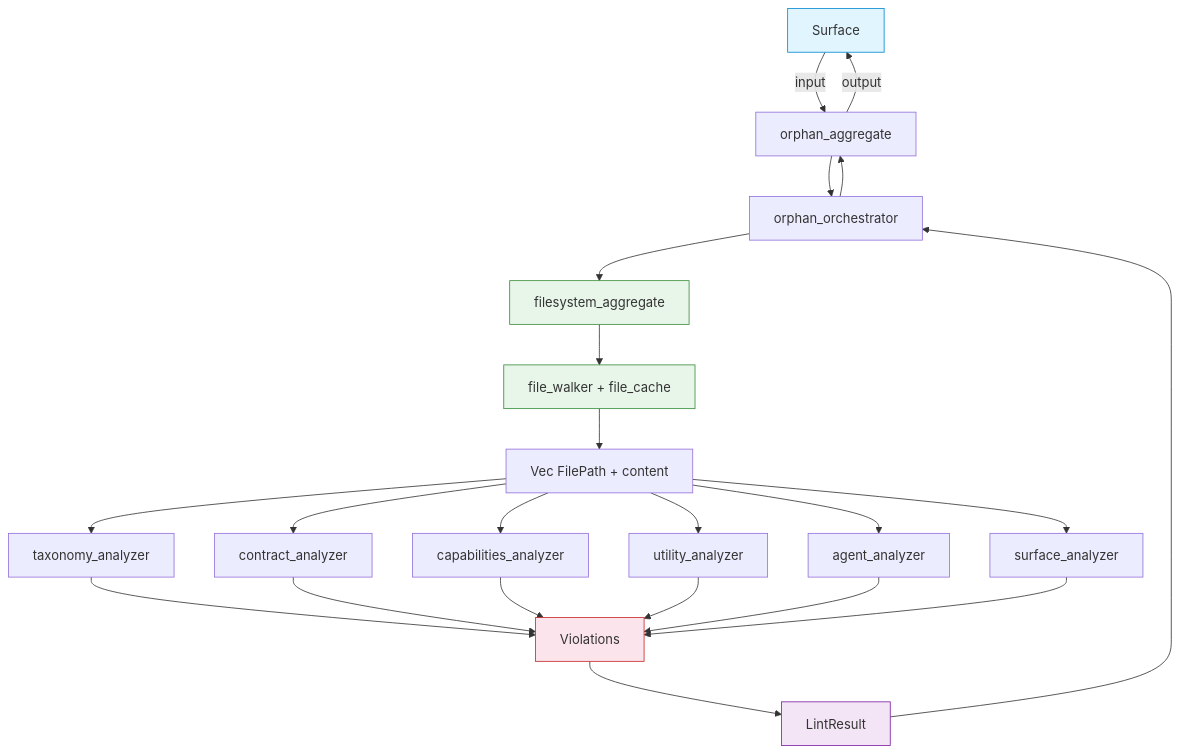
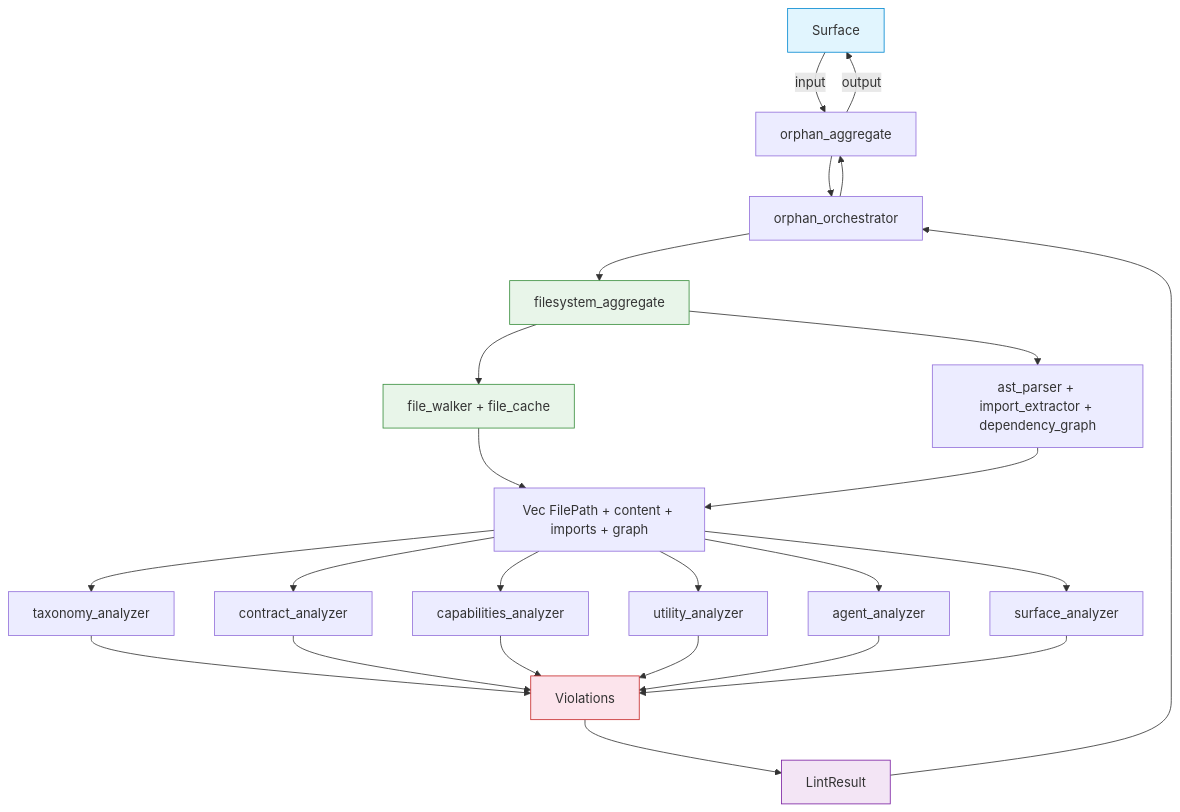
The diagram in crates/orphan-detector/FRD.md (rakaarwaky/lint-arwaky), drawn with Mermaid before and after one commit. The commit also changed 1 other file, not shown here.

Commit message:
docs: update FRDs to target architecture (centralized parsing)
import-rules target: file_walker + file_cache + ast_parser + import_extractor
orphan-detector target: all 5 capabilities (file_walker + file_cache + ast_parser + import_extractor + dependency_graph)

PRD describes what SHOULD exist, not what currently exists.
Rule crates will migrate to use centralized filesystem capabilities.

````diff
--- a/crates/orphan-detector/FRD.md
+++ b/crates/orphan-detector/FRD.md
@@ -9,30 +9,32 @@
 ```mermaid
 flowchart TD
     A["Surface"] -->|input| B["orphan_aggregate"]
     B --> C["orphan_orchestrator"]
     C --> D["filesystem_aggregate"]
     D --> E["file_walker + file_cache"]
-    E --> G["Vec FilePath + content"]
+    D --> F["ast_parser + import_extractor + dependency_graph"]
+    E --> G["Vec FilePath + content + imports + graph"]
+    F --> G
     G --> H1["taxonomy_analyzer"]
     G --> H2["contract_analyzer"]
     G --> H3["capabilities_analyzer"]
     G --> H4["utility_analyzer"]
     G --> H5["agent_analyzer"]
     G --> H6["surface_analyzer"]
     H1 --> I["Violations"]
     H2 --> I
     H3 --> I
     H4 --> I
     H5 --> I
     H6 --> I
     I --> J["LintResult"]
     J --> C
     C --> B
     B -->|output| A
 
     style A fill:#e1f5fe,stroke:#0288d1
     style D fill:#e8f5e9,stroke:#388e3c
     style E fill:#e8f5e9,stroke:#388e3c
     style I fill:#fce4ec,stroke:#c62828
     style J fill:#f3e5f5,stroke:#7b1fa2
 ```
````
